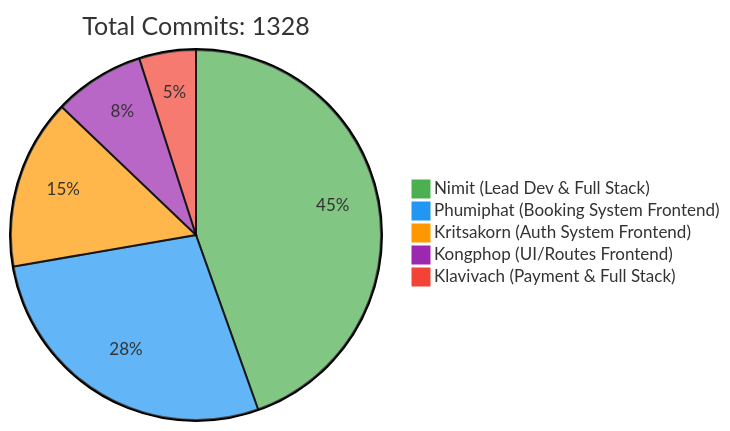
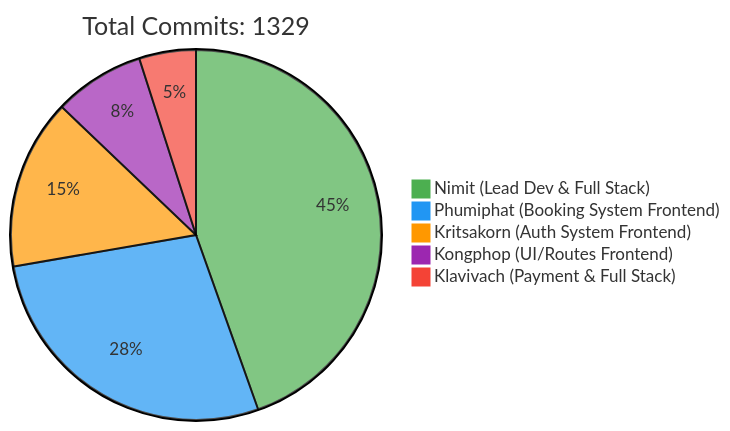
One commit to 6531503042/Sport-Complex changed the first of 2 diagrams in README.md. Above: the diagram before and after it, drawn with Mermaid. The commit also changed other lines of this file, not shown here.

Commit message:
docs: Update contributor statistics [skip ci]

````diff
--- a/README.md
+++ b/README.md
@@ -257,10 +257,10 @@
 ```mermaid
 %%{init: {'theme': 'base', 'themeVariables': { 'pie1': '#4CAF50', 'pie2': '#2196F3', 'pie3': '#FF9800', 'pie4': '#9C27B0', 'pie5': '#F44336'}}}%%
 pie
-    title Total Commits: 1328
+    title Total Commits: 1329
     "Nimit (Lead Dev & Full Stack)" : 450
     "Phumiphat (Booking System Frontend)" : 280
     "Kritsakorn (Auth System Frontend)" : 150
     "Kongphop (UI/Routes Frontend)" : 80
     "Klavivach (Payment & Full Stack)" : 50
 ```
````
